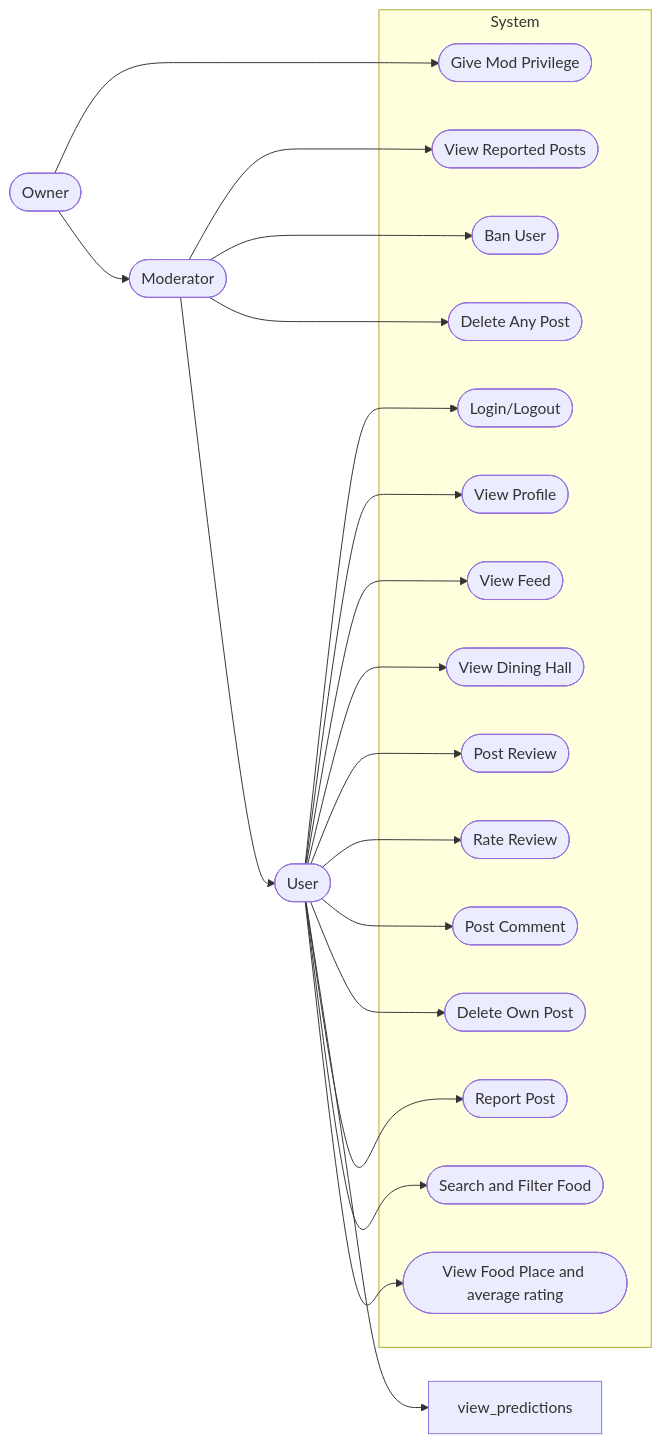
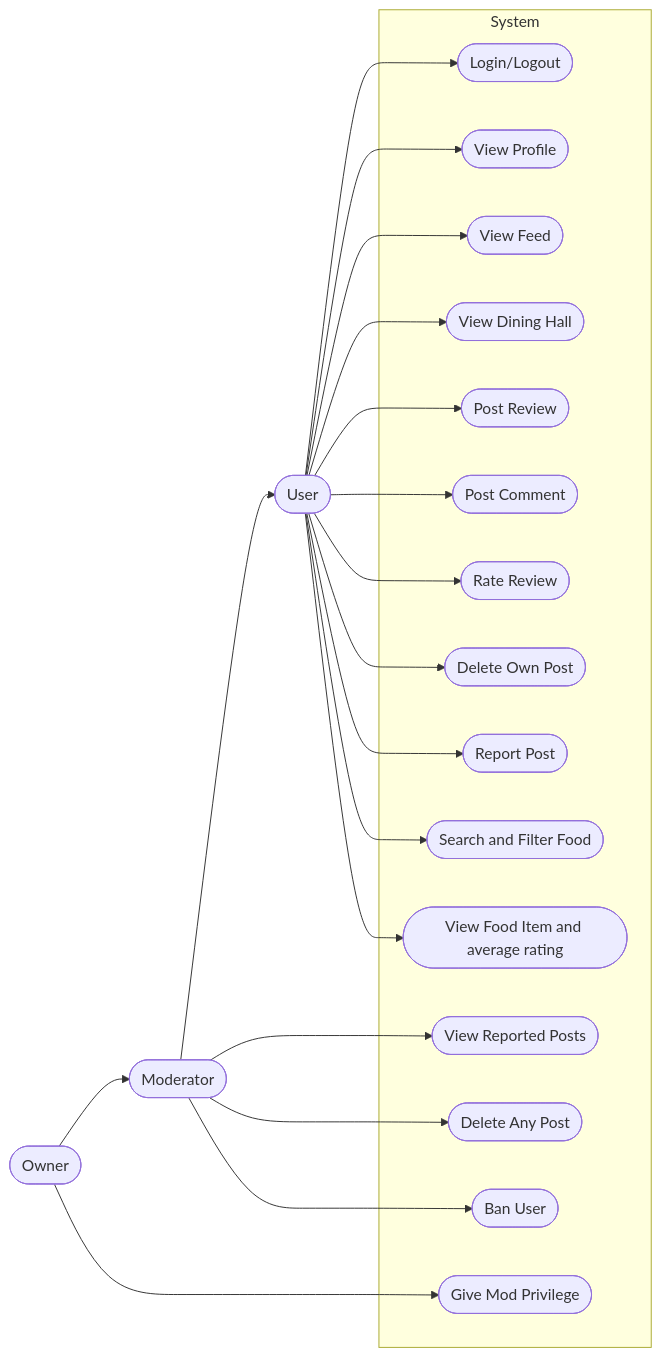
One commit to VenkatCSClasses/project-2-group-2 changed the first of 5 diagrams in DIAGRAMS.md. Above: the diagram before and after it, drawn with Mermaid. The commit also changed other lines of this file, not shown here.

Commit message:
Update view_rating description in DIAGRAMS.md

````diff
--- a/DIAGRAMS.md
+++ b/DIAGRAMS.md
@@ -4,53 +4,52 @@
 ```mermaid
 graph LR
   owner([Owner])
   mod([Moderator])
   user([User])
   
 
   subgraph System
 
     login_logout([Login/Logout])
     view_profile([View Profile])
     view_feed([View Feed])
     view_dining_hall([View Dining Hall])
     post_review([Post Review])
     post_comment([Post Comment])
     rate_review([Rate Review])
     delete_post([Delete Own Post])
     report_post([Report Post])
     search_food([Search and Filter Food])
-    view_rating([View Food Place and average rating])
+    view_rating([View Food Item and average rating])
 
     %% Mod
     view_reported_posts([View Reported Posts])
     delete_any_post([Delete Any Post])
     ban_user([Ban User])
 
     %% Owner
     give_mod([Give Mod Privilege])
 
   end
 
   user --> login_logout
   user --> view_profile 
   user --> view_feed
   user --> view_dining_hall
   user --> post_review
   user --> rate_review
   user --> post_comment
   user --> delete_post
-  user --> view_predictions
   user --> report_post
   user --> search_food
   user --> view_rating
 
   mod --> view_reported_posts
   mod --> ban_user
   mod --> delete_any_post
 
   owner --> give_mod
 
   owner --> mod
   mod --> user
 ```
````
